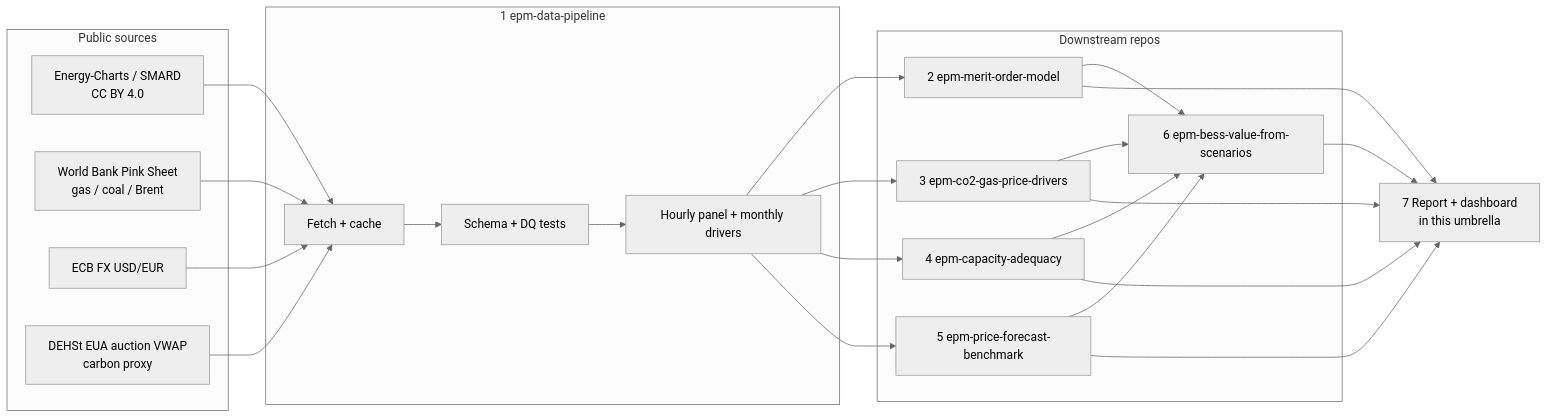
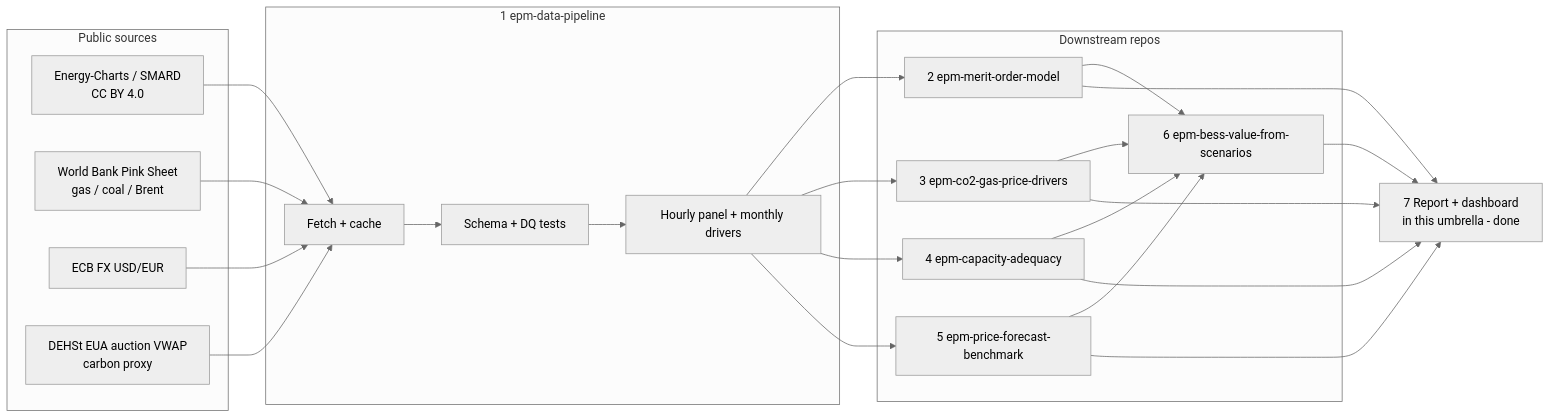
One commit to DataWithSyed/eu-power-market-lab changed the diagram in README.md. Above: the diagram before and after it, drawn with Mermaid (neutral theme). The commit also changed other lines of this file and 45 other files, not shown here.

Commit message:
Step 7: final lab report, cross-step figures, number cross-check tests and read-only dashboard; series complete

````diff
--- a/README.md
+++ b/README.md
@@ -16,44 +18,44 @@
 ```mermaid
 flowchart LR
   subgraph sources [Public sources]
     EC[Energy-Charts / SMARD<br/>CC BY 4.0]
     WB[World Bank Pink Sheet<br/>gas / coal / Brent]
     ECB[ECB FX USD/EUR]
     DEHSt[DEHSt EUA auction VWAP<br/>carbon proxy]
   end
 
   subgraph step1 [1 epm-data-pipeline]
     Fetch[Fetch + cache]
     Schema[Schema + DQ tests]
     Panel[Hourly panel + monthly drivers]
   end
 
   subgraph models [Downstream repos]
     MO[2 epm-merit-order-model]
     DR[3 epm-co2-gas-price-drivers]
     CA[4 epm-capacity-adequacy]
     FB[5 epm-price-forecast-benchmark]
     BV[6 epm-bess-value-from-scenarios]
   end
 
-  RPT[7 Report + dashboard<br/>in this umbrella]
+  RPT[7 Report + dashboard<br/>in this umbrella - done]
 
   EC --> Fetch
   WB --> Fetch
   ECB --> Fetch
   DEHSt --> Fetch
   Fetch --> Schema --> Panel
   Panel --> MO
   Panel --> DR
   Panel --> CA
   Panel --> FB
   MO --> BV
   DR --> BV
   CA --> BV
   FB --> BV
   BV --> RPT
   MO --> RPT
   DR --> RPT
   CA --> RPT
   FB --> RPT
 ```
````
